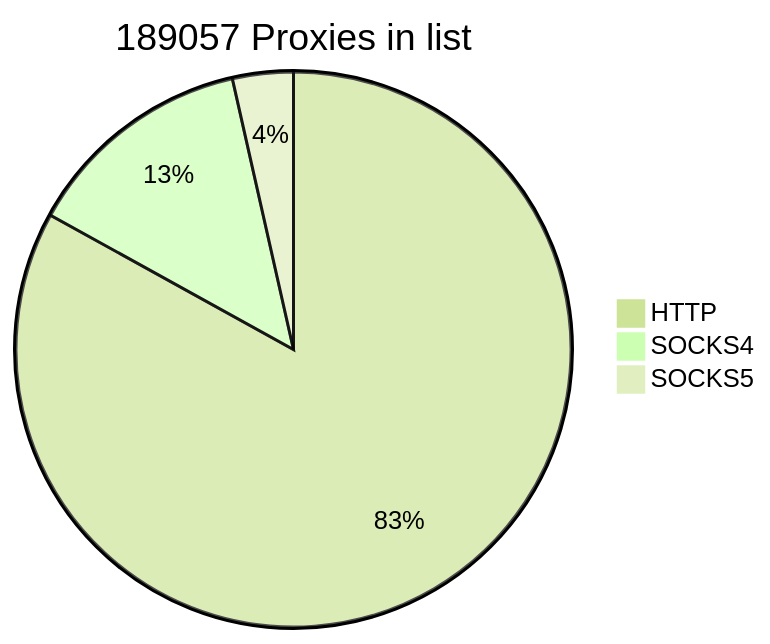
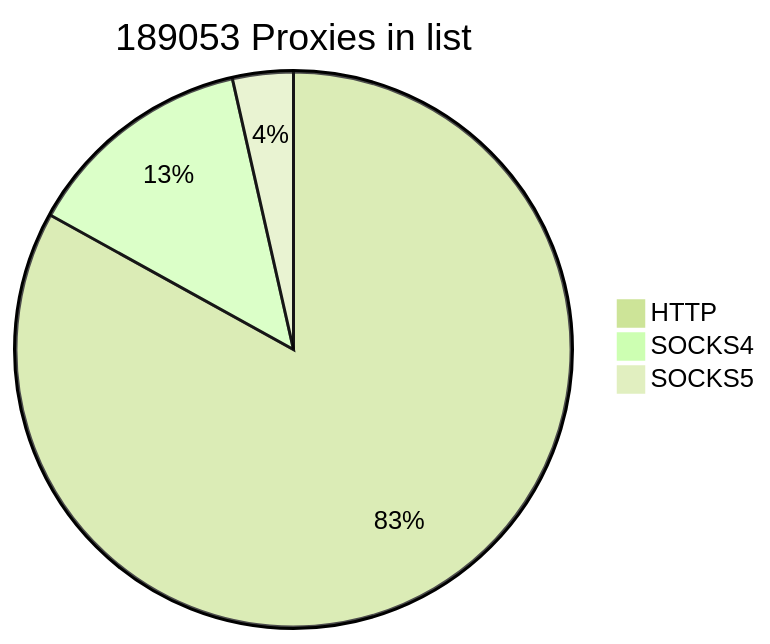
Before and after one commit to cutipu/proxylist: the first of 2 diagrams in README.md, drawn with Mermaid (forest theme). The commit also changed other lines of this file, not shown here.

````diff
--- a/README.md
+++ b/README.md
@@ -2,7 +2,7 @@
 ```mermaid
-pie title 189057 Proxies in list
+pie title 189053 Proxies in list
     "HTTP" : 156982
-    "SOCKS4" : 25395
-    "SOCKS5" : 6680
+    "SOCKS4" : 25392
+    "SOCKS5" : 6679
             
 ```
````
